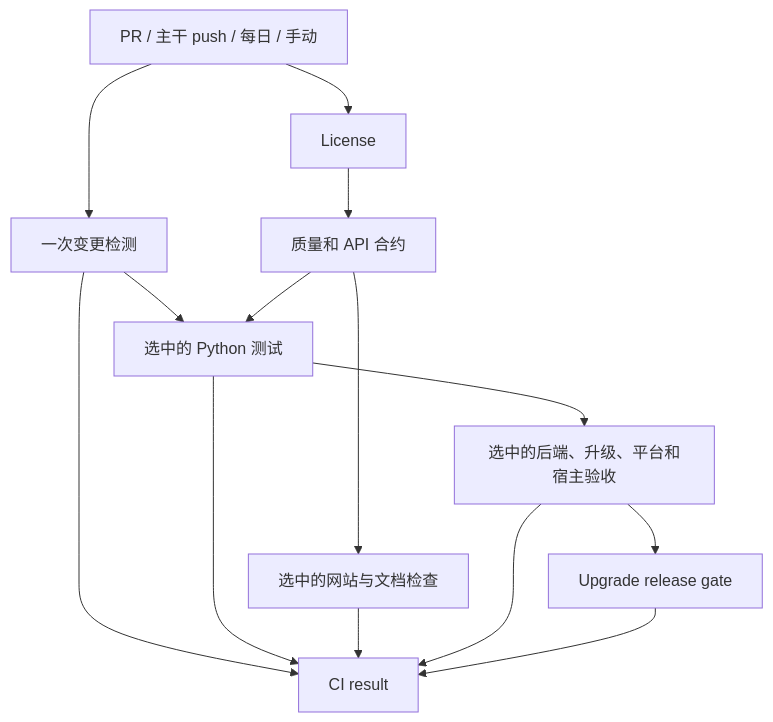
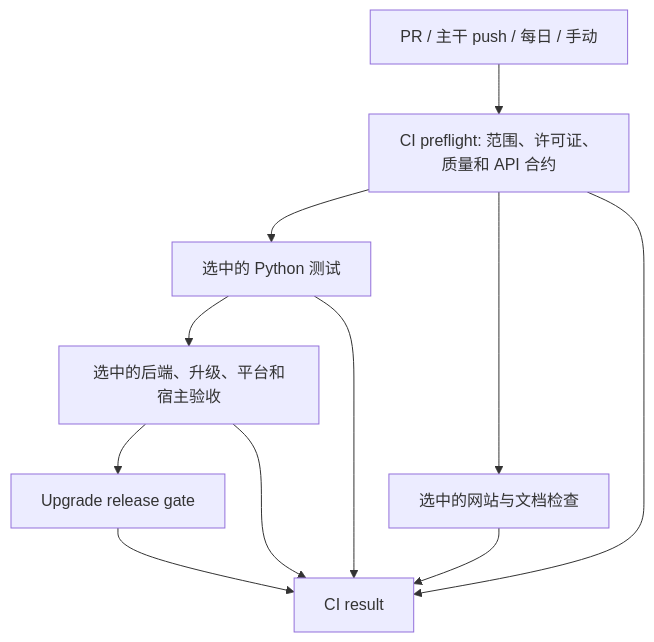
The diagram in docs/zh/development/ci-scope.md (hidb4ai/powercontext), drawn with Mermaid before and after one commit. The commit also changed other lines of this file and 10 other files, not shown here.

````diff
--- a/docs/zh/development/ci-scope.md
+++ b/docs/zh/development/ci-scope.md
@@ -9,16 +9,13 @@
 ```mermaid
 flowchart TD
-  E[PR / 主干 push / 每日 / 手动] --> S[一次变更检测]
-  E --> L[License]
-  L --> Q[质量和 API 合约]
-  S --> T[选中的 Python 测试]
-  Q --> T
+  E[PR / 主干 push / 每日 / 手动] --> Q[CI preflight: 范围、许可证、质量和 API 合约]
+  Q --> T[选中的 Python 测试]
   Q --> W[选中的网站与文档检查]
   T --> H[选中的后端、升级、平台和宿主验收]
   H --> U[Upgrade release gate]
-  S --> R[CI result]
+  Q --> R[CI result]
   T --> R
   W --> R
   H --> R
   U --> R
 ```
````
